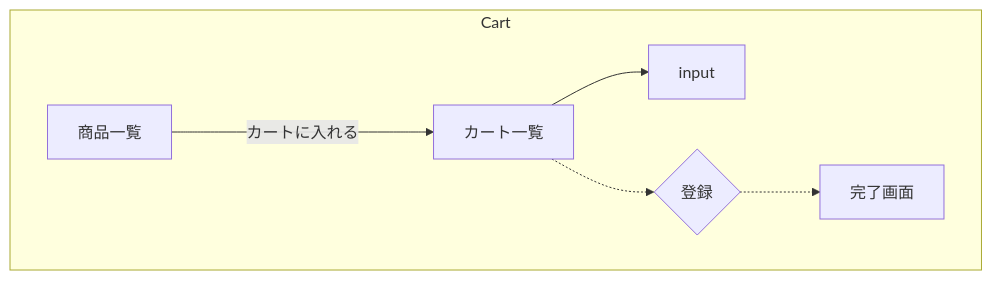
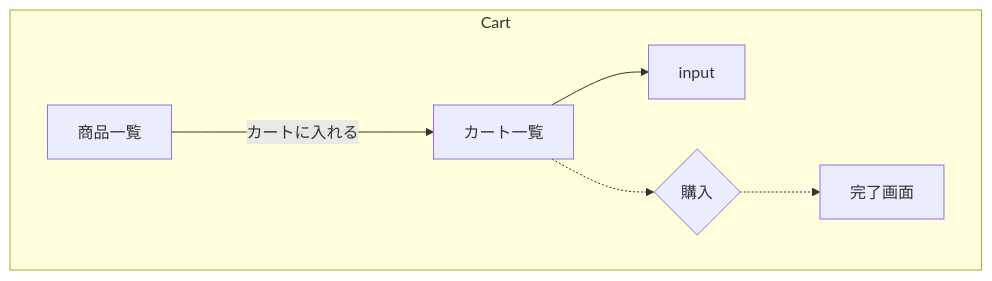
Before and after one commit to yse-yoo/my_shop_2024_ig21: the diagram in doc/cart_item.md, drawn with Mermaid. The commit also changed 1 other file, not shown here.

````diff
--- a/doc/cart_item.md
+++ b/doc/cart_item.md
@@ -1,14 +1,14 @@
 ```mermaid
 flowchart TD
 
 subgraph Cart
 index[商品一覧]
 cart[カート一覧]
-add{登録}
+add{購入}
 complete[完了画面]
 
 index--->|カートに入れる|cart-->input
 cart-.->add-.->complete
 
 end
 ```
````
